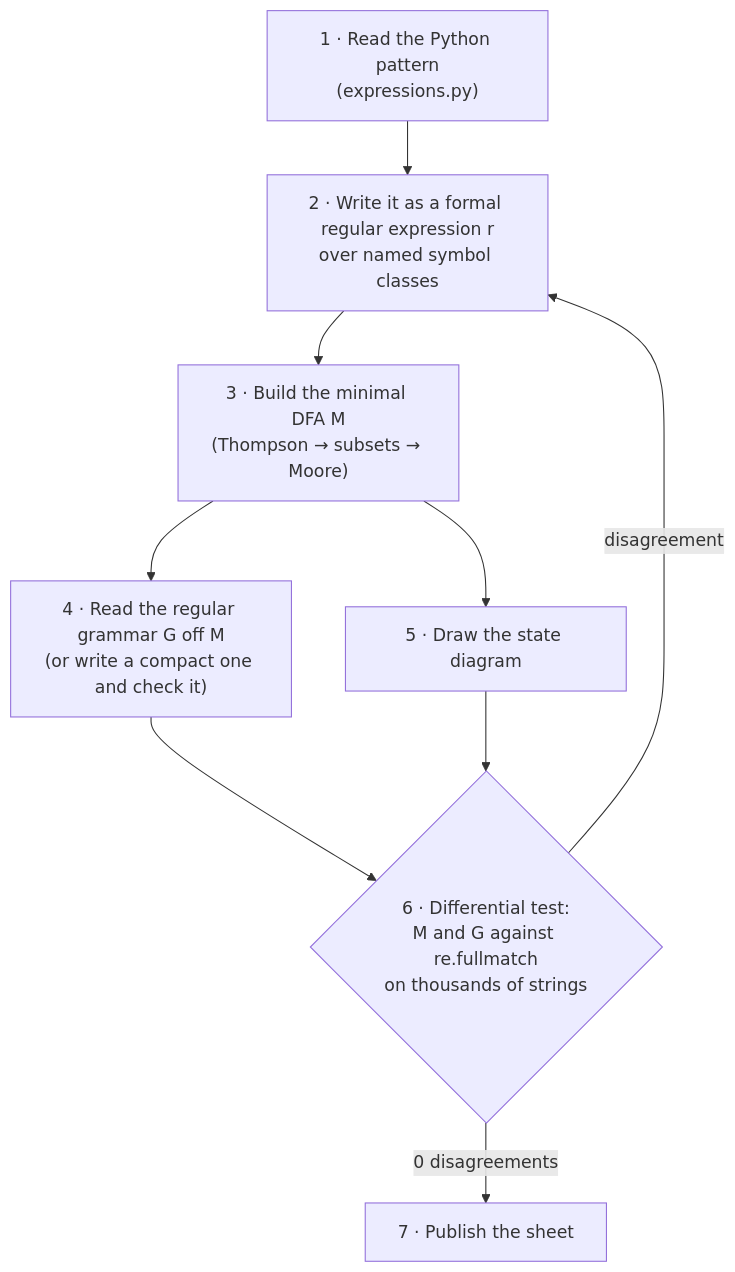
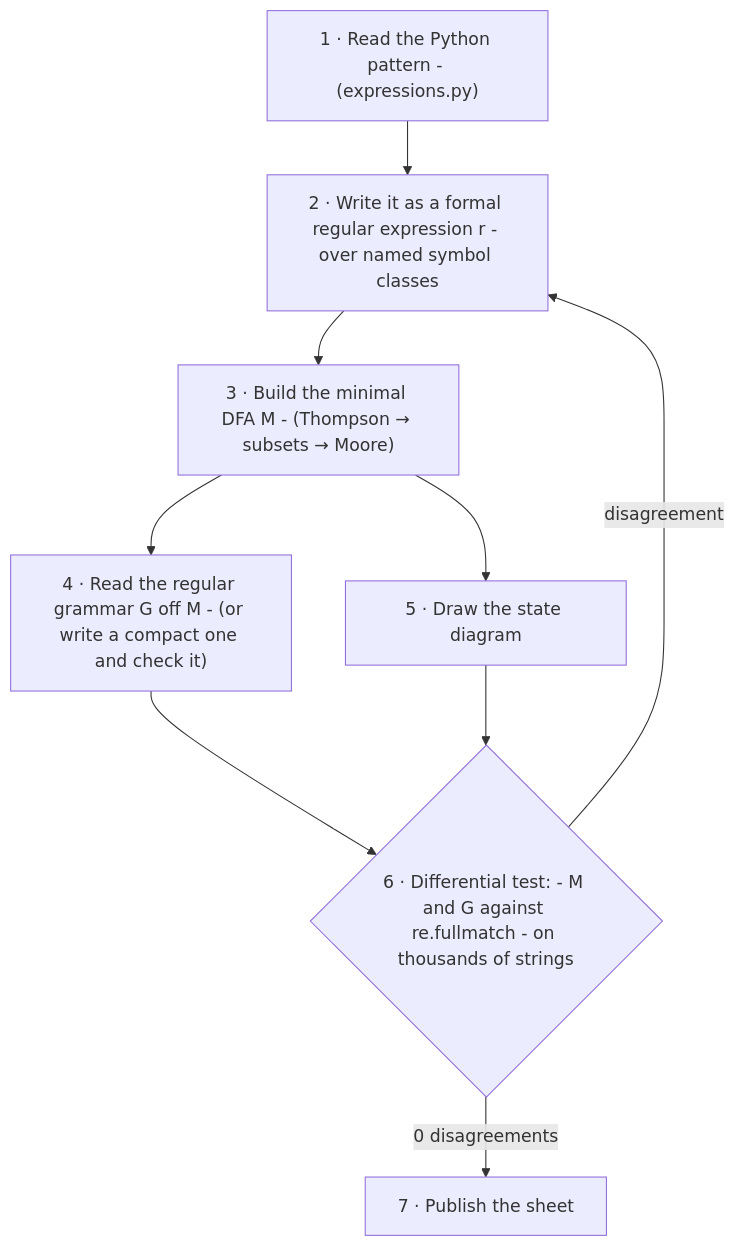
One commit to JuanJoe-18/DiscreteIII-Integrative-Task-VictorTeam changed the tenth of 39 diagrams in docs/stage1_regex.md. Above: the diagram before and after it, drawn with Mermaid. The commit also changed other lines of this file, not shown here.

````diff
--- a/docs/stage1_regex.md
+++ b/docs/stage1_regex.md
@@ -510,11 +510,11 @@
 ```mermaid
 flowchart TD
-    A["1 · Read the Python pattern<br/>(expressions.py)"] --> B["2 · Write it as a formal regular expression r<br/>over named symbol classes"]
-    B --> C["3 · Build the minimal DFA M<br/>(Thompson → subsets → Moore)"]
-    C --> D["4 · Read the regular grammar G off M<br/>(or write a compact one and check it)"]
+    A["1 · Read the Python pattern - (expressions.py)"] --> B["2 · Write it as a formal regular expression r - over named symbol classes"]
+    B --> C["3 · Build the minimal DFA M - (Thompson → subsets → Moore)"]
+    C --> D["4 · Read the regular grammar G off M - (or write a compact one and check it)"]
     C --> E["5 · Draw the state diagram"]
-    D --> F{"6 · Differential test:<br/>M and G against re.fullmatch<br/>on thousands of strings"}
+    D --> F{"6 · Differential test: - M and G against re.fullmatch - on thousands of strings"}
     E --> F
     F -->|"0 disagreements"| G["7 · Publish the sheet"]
     F -->|"disagreement"| B
 ```
````
